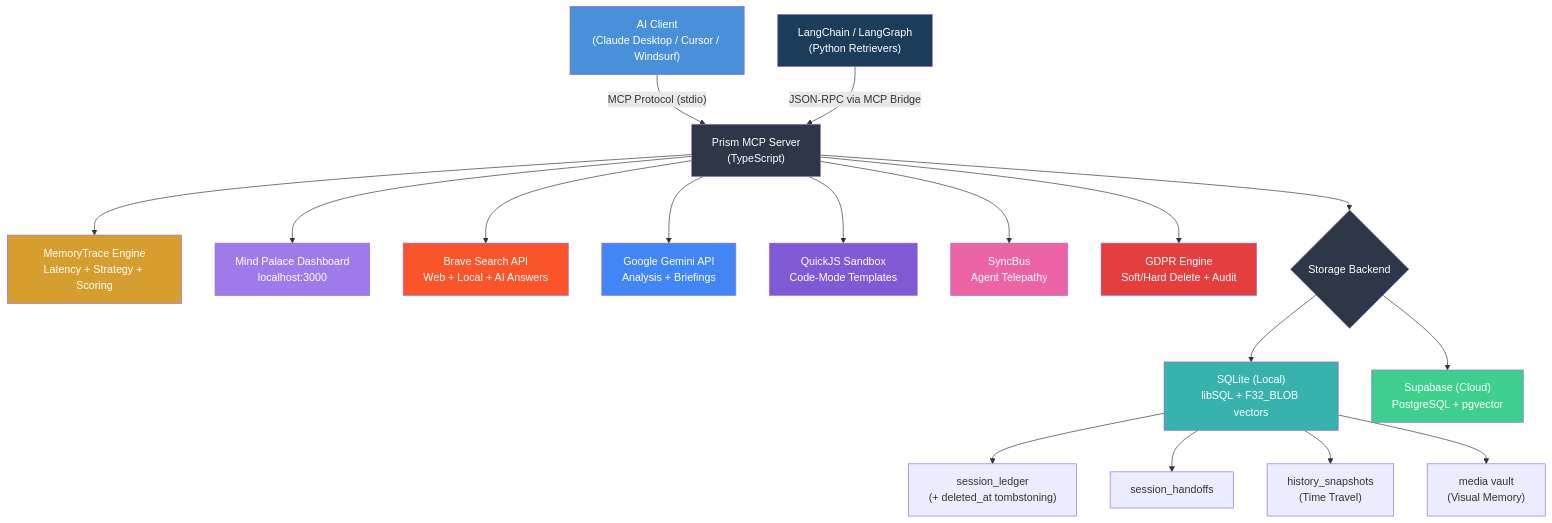
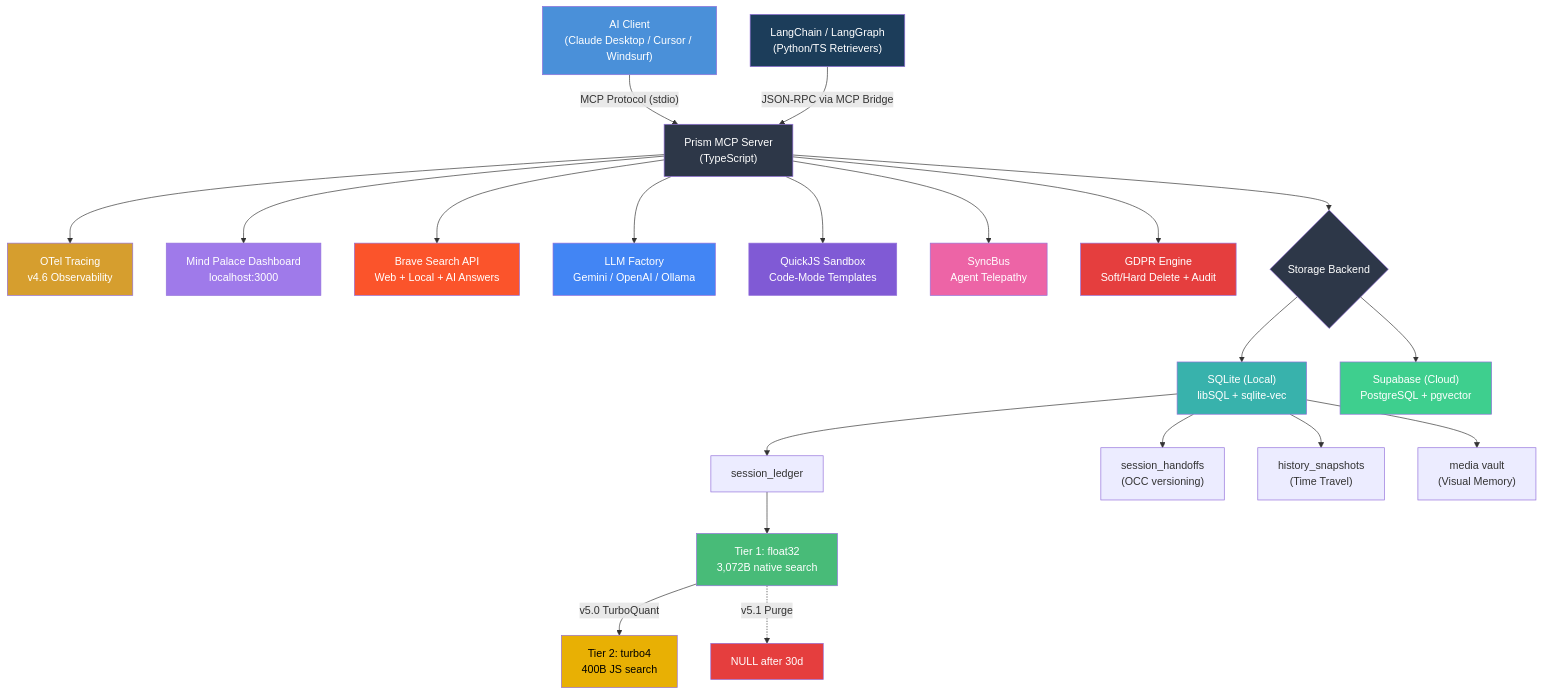
One commit to special-place-administrator/prism-mcp changed the diagram in README.md. Above: the diagram before and after it, drawn with Mermaid. The commit also changed other lines of this file and 22 other files, not shown here.

Commit message:
feat(release): prism v5.1.0 with deep storage, graph editor, and docs

````diff
--- a/README.md
+++ b/README.md
@@ -776,40 +734,47 @@
 ```mermaid
 graph TB
     Client["AI Client<br/>(Claude Desktop / Cursor / Windsurf)"]
-    LangChain["LangChain / LangGraph<br/>(Python Retrievers)"]
+    LangChain["LangChain / LangGraph<br/>(Python/TS Retrievers)"]
     MCP["Prism MCP Server<br/>(TypeScript)"]
     
     Client -- "MCP Protocol (stdio)" --> MCP
     LangChain -- "JSON-RPC via MCP Bridge" --> MCP
     
-    MCP --> Tracing["MemoryTrace Engine<br/>Latency + Strategy + Scoring"]
+    MCP --> Tracing["OTel Tracing<br/>v4.6 Observability"]
     MCP --> Dashboard["Mind Palace Dashboard<br/>localhost:3000"]
     MCP --> Brave["Brave Search API<br/>Web + Local + AI Answers"]
-    MCP --> Gemini["Google Gemini API<br/>Analysis + Briefings"]
+    MCP --> LLM["LLM Factory<br/>Gemini / OpenAI / Ollama"]
     MCP --> Sandbox["QuickJS Sandbox<br/>Code-Mode Templates"]
     MCP --> SyncBus["SyncBus<br/>Agent Telepathy"]
     MCP --> GDPR["GDPR Engine<br/>Soft/Hard Delete + Audit"]
     
     MCP --> Storage{"Storage Backend"}
-    Storage --> SQLite["SQLite (Local)<br/>libSQL + F32_BLOB vectors"]
+    Storage --> SQLite["SQLite (Local)<br/>libSQL + sqlite-vec"]
     Storage --> Supabase["Supabase (Cloud)<br/>PostgreSQL + pgvector"]
     
-    SQLite --> Ledger["session_ledger<br/>(+ deleted_at tombstoning)"]
-    SQLite --> Handoffs["session_handoffs"]
+    SQLite --> Ledger["session_ledger"]
+    Ledger --> T1["Tier 1: float32<br/>3,072B native search"]
+    T1 -- "v5.0 TurboQuant" --> T2["Tier 2: turbo4<br/>400B JS search"]
+    T1 -. "v5.1 Purge" .-> Null["NULL after 30d"]
+    
+    SQLite --> Handoffs["session_handoffs<br/>(OCC versioning)"]
     SQLite --> History["history_snapshots<br/>(Time Travel)"]
     SQLite --> Media["media vault<br/>(Visual Memory)"]
     
     style Client fill:#4A90D9,color:#fff
     style LangChain fill:#1C3D5A,color:#fff
     style MCP fill:#2D3748,color:#fff
     style Tracing fill:#D69E2E,color:#fff
     style Dashboard fill:#9F7AEA,color:#fff
     style Brave fill:#FB542B,color:#fff
-    style Gemini fill:#4285F4,color:#fff
+    style LLM fill:#4285F4,color:#fff
     style Sandbox fill:#805AD5,color:#fff
     style SyncBus fill:#ED64A6,color:#fff
     style GDPR fill:#E53E3E,color:#fff
     style Storage fill:#2D3748,color:#fff
     style SQLite fill:#38B2AC,color:#fff
     style Supabase fill:#3ECF8E,color:#fff
+    style T1 fill:#48BB78,color:#fff
+    style T2 fill:#E8B004,color:#000
+    style Null fill:#E53E3E,color:#fff
 ```
````
